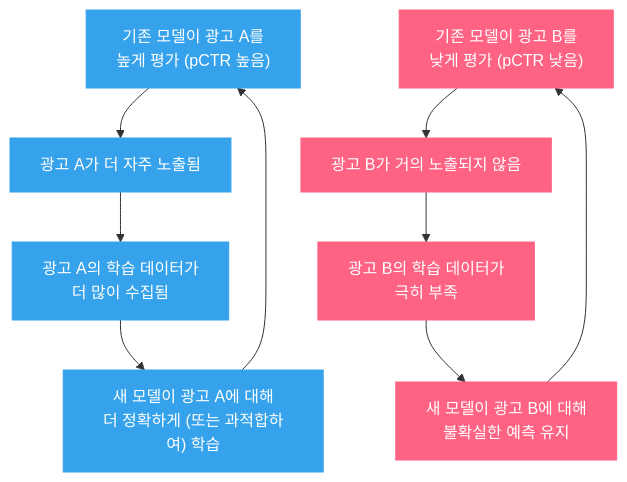
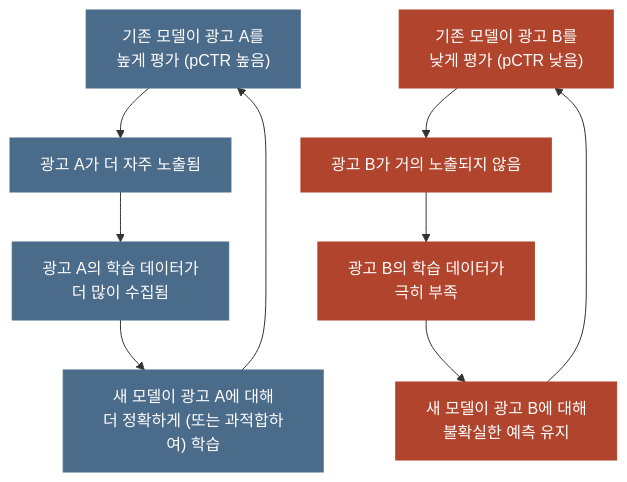
Before and after one commit to chkimsu/adtech-blog: the first of 2 diagrams in posts/negative-sampling-bias.md, drawn with Mermaid. The commit also changed other lines of this file and 40 other files, not shown here.

````diff
--- a/posts/negative-sampling-bias.md
+++ b/posts/negative-sampling-bias.md
@@ -63,21 +63,21 @@
 ```mermaid
 graph TD
     A["기존 모델이 광고 A를<br/>높게 평가 (pCTR 높음)"] --> B["광고 A가 더 자주 노출됨"]
     B --> C["광고 A의 학습 데이터가<br/>더 많이 수집됨"]
     C --> D["새 모델이 광고 A에 대해<br/>더 정확하게 (또는 과적합하여) 학습"]
     D --> A
 
     E["기존 모델이 광고 B를<br/>낮게 평가 (pCTR 낮음)"] --> F["광고 B가 거의 노출되지 않음"]
     F --> G["광고 B의 학습 데이터가<br/>극히 부족"]
     G --> H["새 모델이 광고 B에 대해<br/>불확실한 예측 유지"]
     H --> E
 
-    style A fill:#36a2eb,stroke:#36a2eb,color:#fff
-    style B fill:#36a2eb,stroke:#36a2eb,color:#fff
-    style C fill:#36a2eb,stroke:#36a2eb,color:#fff
-    style D fill:#36a2eb,stroke:#36a2eb,color:#fff
-    style E fill:#ff6384,stroke:#ff6384,color:#fff
-    style F fill:#ff6384,stroke:#ff6384,color:#fff
-    style G fill:#ff6384,stroke:#ff6384,color:#fff
-    style H fill:#ff6384,stroke:#ff6384,color:#fff
+    style A fill:#4a6b8a,stroke:#4a6b8a,color:#fff
+    style B fill:#4a6b8a,stroke:#4a6b8a,color:#fff
+    style C fill:#4a6b8a,stroke:#4a6b8a,color:#fff
+    style D fill:#4a6b8a,stroke:#4a6b8a,color:#fff
+    style E fill:#b0442c,stroke:#b0442c,color:#fff
+    style F fill:#b0442c,stroke:#b0442c,color:#fff
+    style G fill:#b0442c,stroke:#b0442c,color:#fff
+    style H fill:#b0442c,stroke:#b0442c,color:#fff
 ```
````
